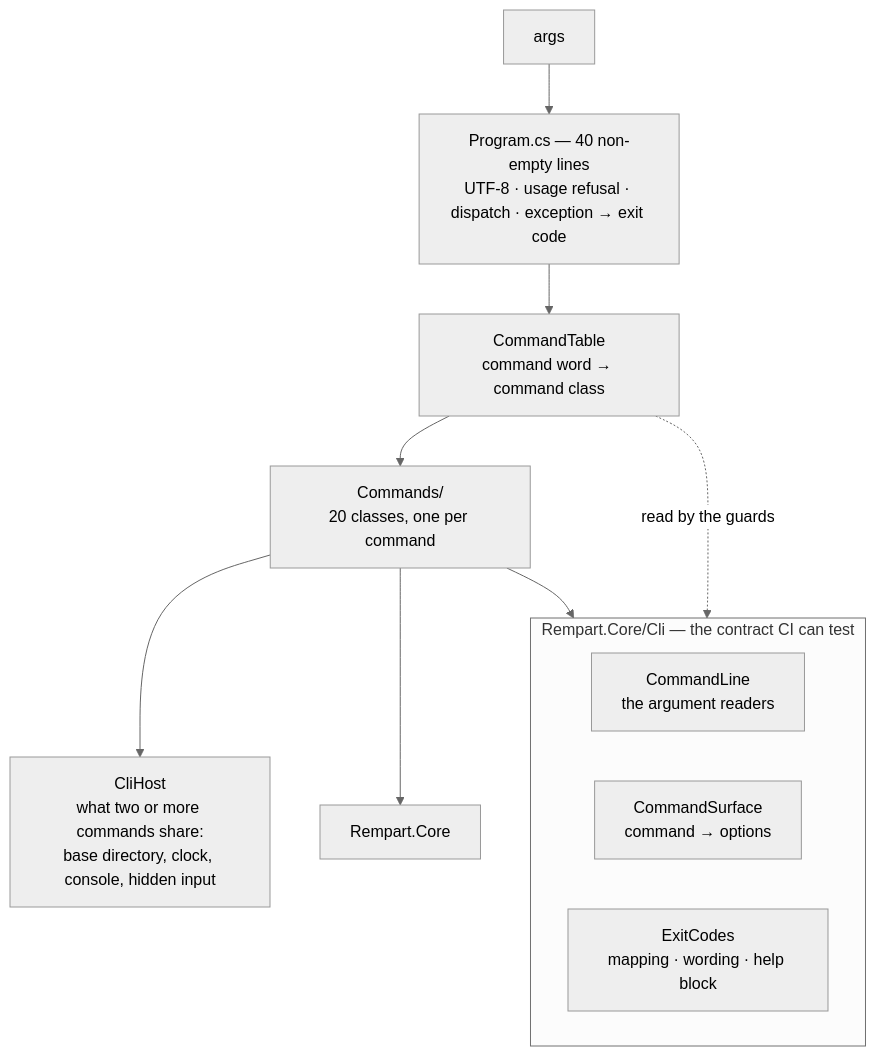
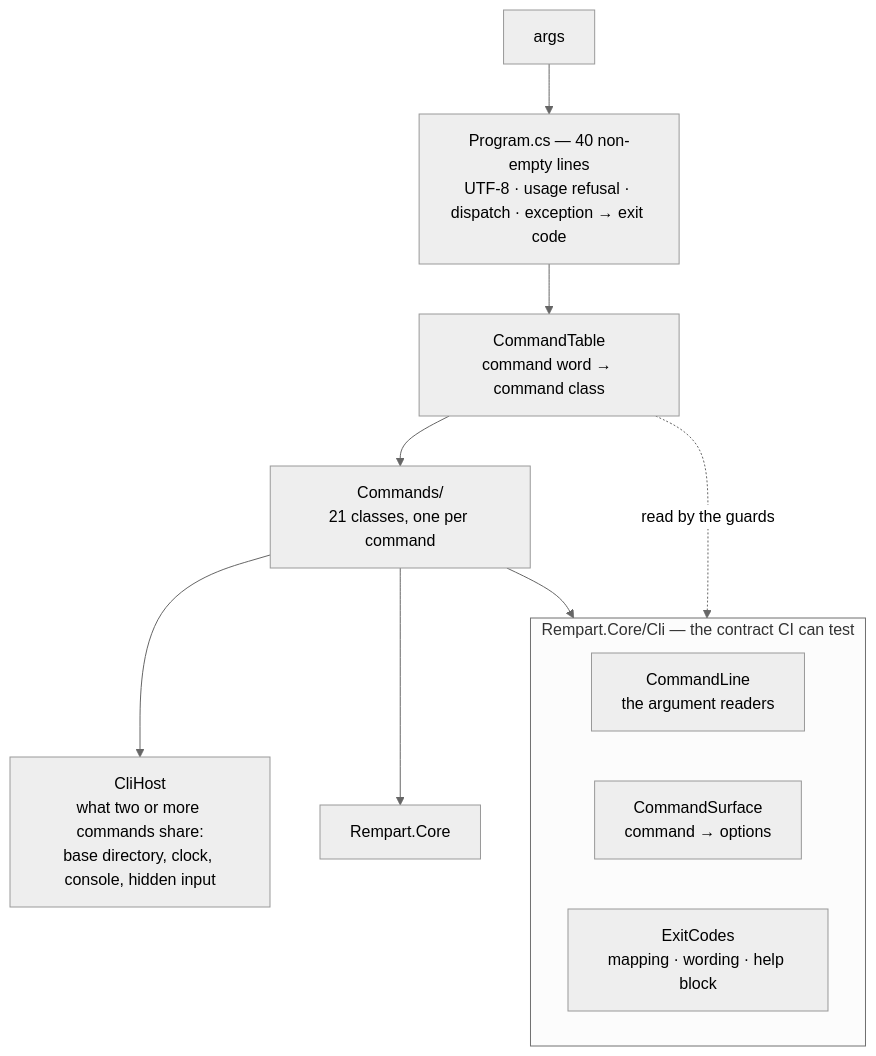
Before and after one commit to naoutix/rempart: the fourth of 4 diagrams in docs/ARCHITECTURE.md, drawn with Mermaid (neutral theme). The commit also changed other lines of this file and 17 other files, not shown here.

````diff
--- a/docs/ARCHITECTURE.md
+++ b/docs/ARCHITECTURE.md
@@ -236,17 +236,17 @@
 ```mermaid
 flowchart TB
     ARGS["args"] --> PROG["Program.cs — 40 non-empty lines<br/>UTF-8 · usage refusal · dispatch · exception → exit code"]
     PROG --> TABLE["CommandTable<br/>command word → command class"]
-    TABLE --> CMDS["Commands/<br/>20 classes, one per command"]
+    TABLE --> CMDS["Commands/<br/>21 classes, one per command"]
     CMDS --> HOST["CliHost<br/>what two or more commands share:<br/>base directory, clock, console, hidden input"]
     CMDS --> CORE["Rempart.Core"]
 
     subgraph CONTRACT["Rempart.Core/Cli — the contract CI can test"]
         CL["CommandLine<br/>the argument readers"]
         CS["CommandSurface<br/>command → options"]
         EC["ExitCodes<br/>mapping · wording · help block"]
     end
 
     CMDS --> CONTRACT
     TABLE -. read by the guards .-> CONTRACT
 ```
````
